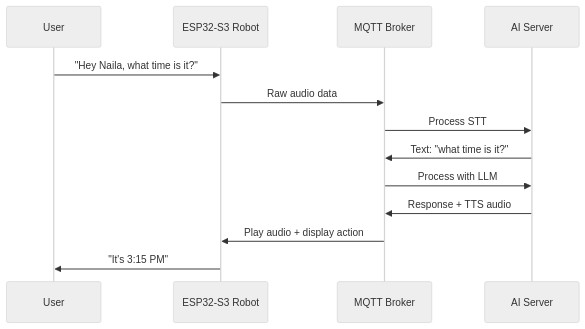
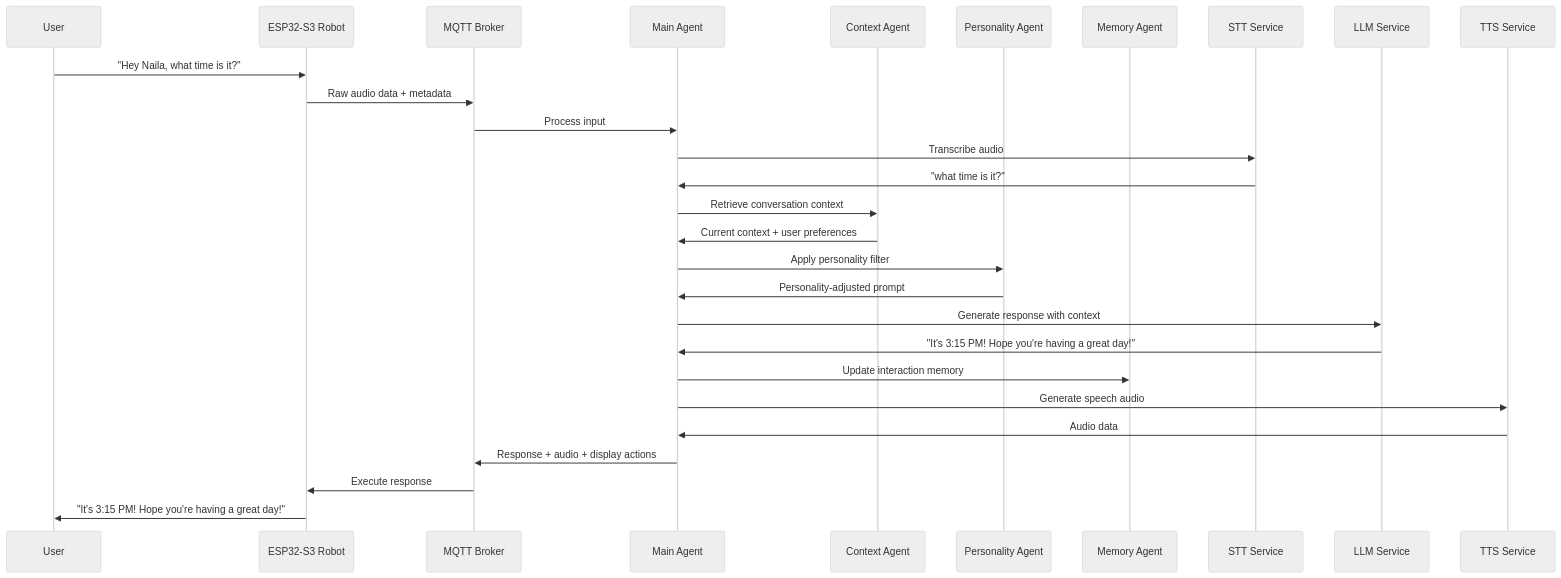
Before and after one commit to LilliDarling/robo_naila: the second of 2 diagrams in docs/FLOW.md, drawn with Mermaid (neutral theme). The commit also changed other lines of this file and 6 other files, not shown here.

````diff
--- a/docs/FLOW.md
+++ b/docs/FLOW.md
@@ -47,16 +68,31 @@
 ```mermaid
 sequenceDiagram
     participant User
     participant Robot as ESP32-S3 Robot
     participant MQTT as MQTT Broker
-    participant AI as AI Server
+    participant MainAgent as Main Agent
+    participant Context as Context Agent
+    participant Personality as Personality Agent
+    participant Memory as Memory Agent
+    participant STT as STT Service
+    participant LLM as LLM Service
+    participant TTS as TTS Service
 
     User->>Robot: "Hey Naila, what time is it?"
-    Robot->>MQTT: Raw audio data
-    MQTT->>AI: Process STT
-    AI->>MQTT: Text: "what time is it?"
-    MQTT->>AI: Process with LLM
-    AI->>MQTT: Response + TTS audio
-    MQTT->>Robot: Play audio + display action
-    Robot->>User: "It's 3:15 PM"
+    Robot->>MQTT: Raw audio data + metadata
+    MQTT->>MainAgent: Process input
+    MainAgent->>STT: Transcribe audio
+    STT->>MainAgent: "what time is it?"
+    MainAgent->>Context: Retrieve conversation context
+    Context->>MainAgent: Current context + user preferences
+    MainAgent->>Personality: Apply personality filter
+    Personality->>MainAgent: Personality-adjusted prompt
+    MainAgent->>LLM: Generate response with context
+    LLM->>MainAgent: "It's 3:15 PM! Hope you're having a great day!"
+    MainAgent->>Memory: Update interaction memory
+    MainAgent->>TTS: Generate speech audio
+    TTS->>MainAgent: Audio data
+    MainAgent->>MQTT: Response + audio + display actions
+    MQTT->>Robot: Execute response
+    Robot->>User: "It's 3:15 PM! Hope you're having a great day!"
 ```
````
